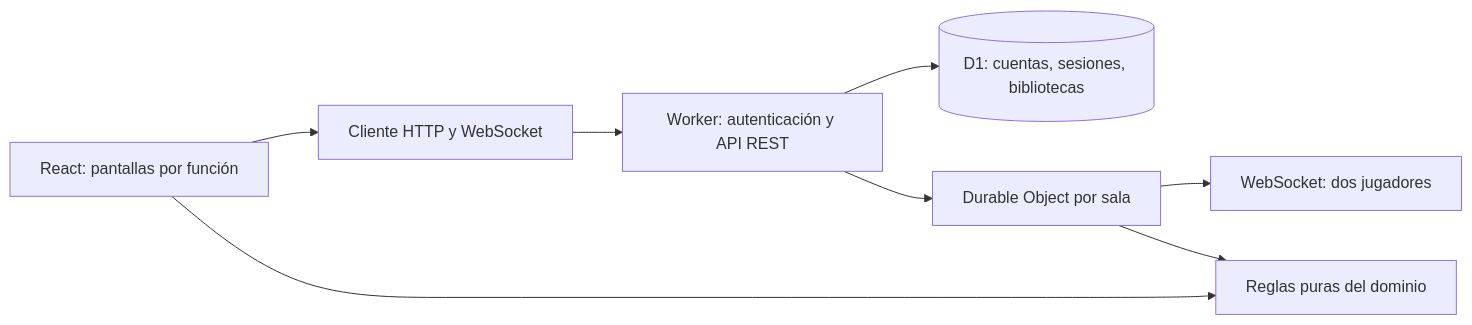
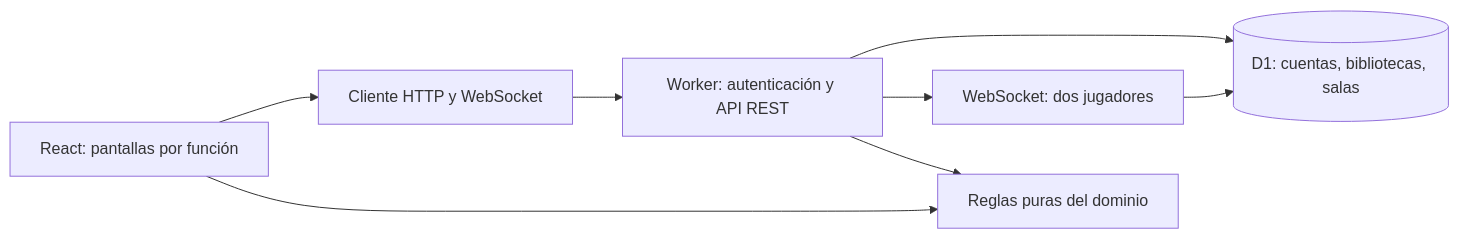
One commit to kevintoasa42-oss/TFM-UNIR changed the diagram in README.md. Above: the diagram before and after it, drawn with Mermaid. The commit also changed other lines of this file and 14 other files, not shown here.

Commit message:
Coordinate WebSocket rooms through D1

````diff
--- a/README.md
+++ b/README.md
@@ -32,10 +32,10 @@
 ```mermaid
 flowchart LR
   UI[React: pantallas por función] --> Client[Cliente HTTP y WebSocket]
   Client --> API[Worker: autenticación y API REST]
-  API --> D1[(D1: cuentas, sesiones, bibliotecas)]
-  API --> Room[Durable Object por sala]
-  Room --> WS[WebSocket: dos jugadores]
+  API --> D1[(D1: cuentas, bibliotecas, salas)]
+  API --> WS[WebSocket: dos jugadores]
+  WS --> D1
   UI --> Domain[Reglas puras del dominio]
-  Room --> Domain
+  API --> Domain
 ```
````
